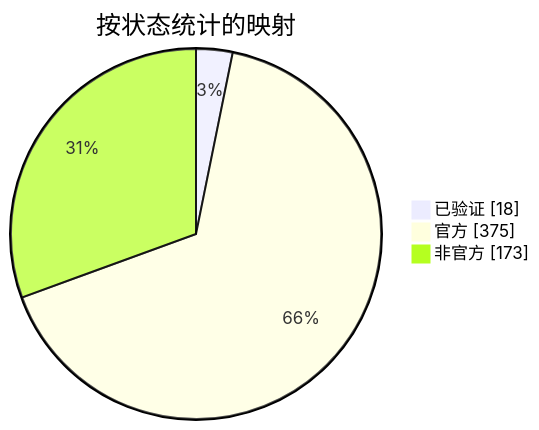
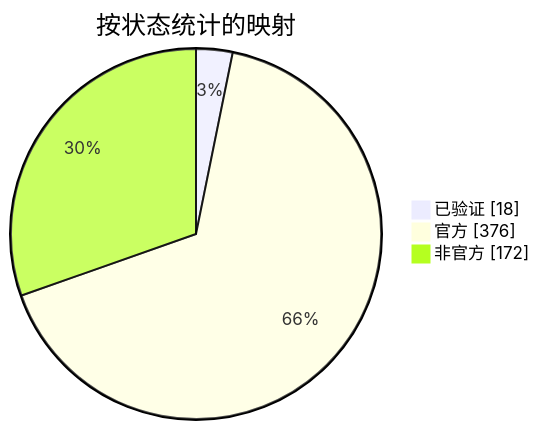
Before and after one commit to nobrega8/mbmap-library: the diagram in docs/readme/README_ZHS.md, drawn with Mermaid. The commit also changed 6 other files, not shown here.

````diff
--- a/docs/readme/README_ZHS.md
+++ b/docs/readme/README_ZHS.md
@@ -54,7 +54,7 @@
 ```mermaid
 pie showData
     title 按状态统计的映射
     "已验证" : 18
-    "官方" : 375
-    "非官方" : 173
+    "官方" : 376
+    "非官方" : 172
 ```
````
